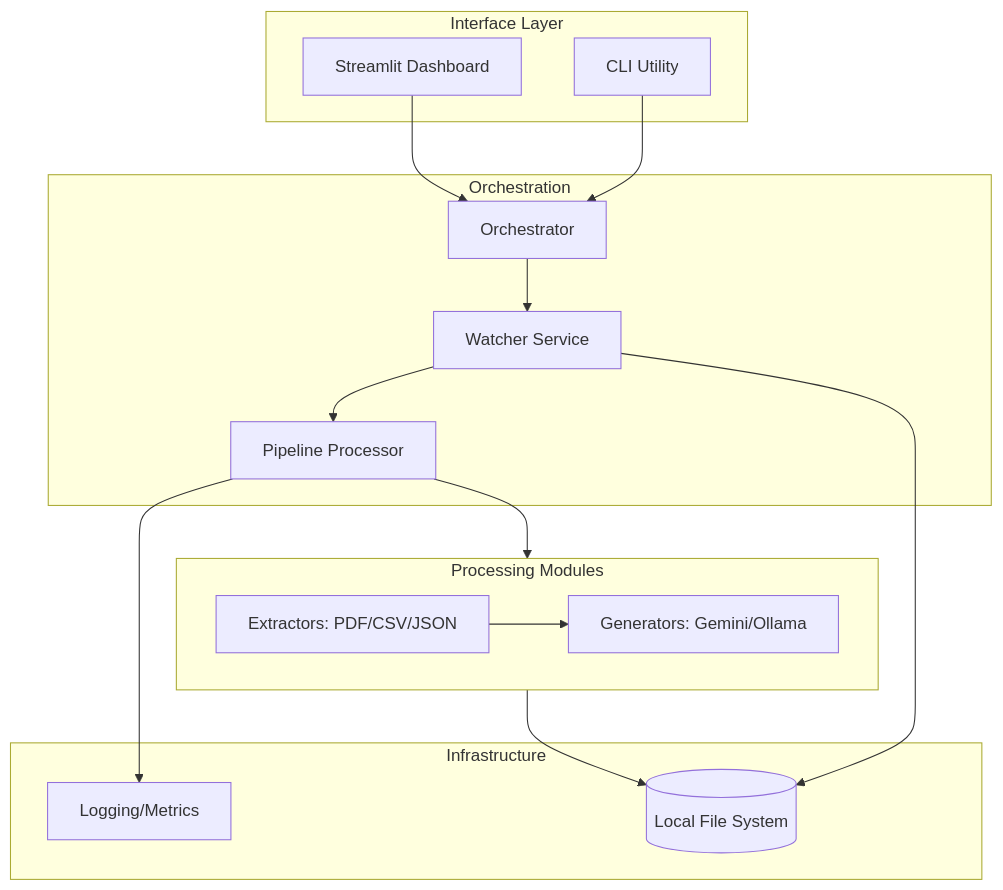
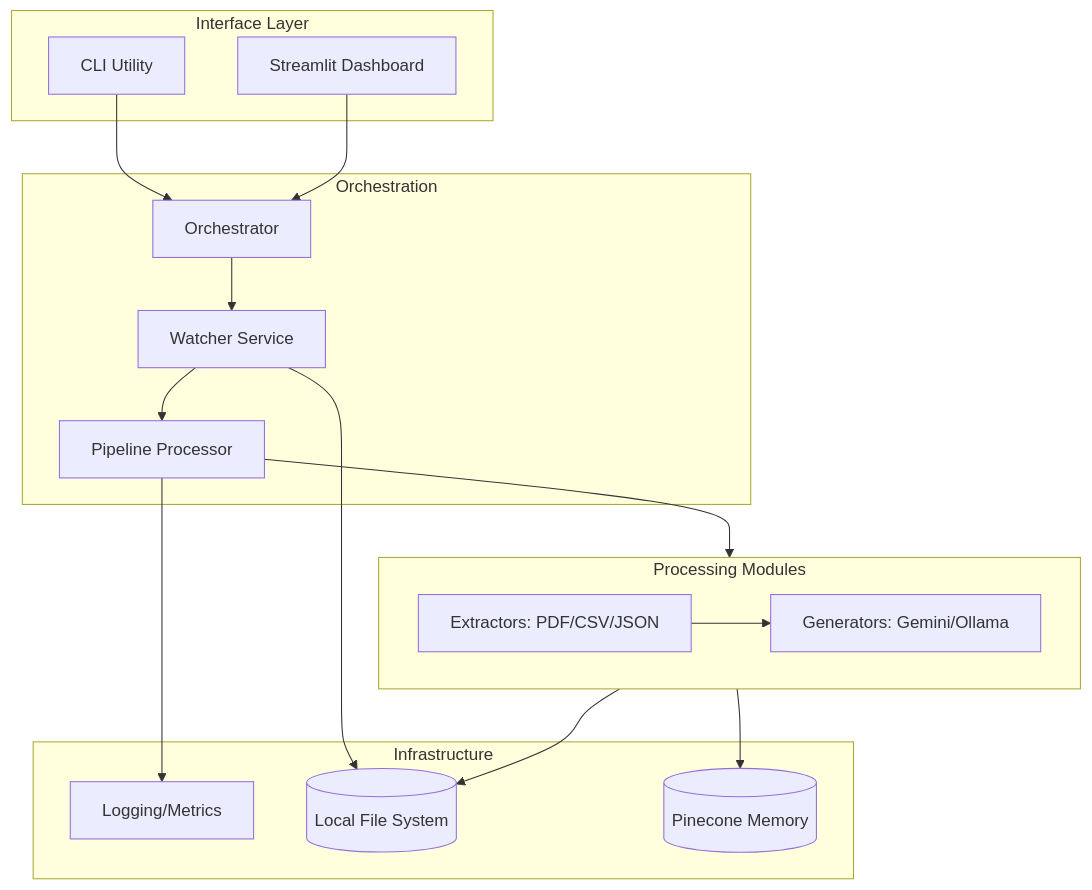
The first of 3 diagrams in README.md (WomB0ComB0/browser-use), drawn with Mermaid before and after one commit. The commit also changed other lines of this file, not shown here.

````diff
--- a/README.md
+++ b/README.md
@@ -67,34 +67,36 @@
 ```mermaid
 graph TD
     subgraph "Interface Layer"
         CLI[CLI Utility]
         DASH[Streamlit Dashboard]
     end
 
     subgraph "Orchestration"
         ORCH[Orchestrator]
         WATCH[Watcher Service]
         PROC[Pipeline Processor]
     end
 
     subgraph "Processing Modules"
         direction LR
         EXT[Extractors: PDF/CSV/JSON]
         GEN[Generators: Gemini/Ollama]
     end
 
     subgraph "Infrastructure"
         LOG[Logging/Metrics]
         FS[(Local File System)]
+        MEM[(Pinecone Memory)]
     end
 
     CLI --> ORCH
     DASH --> ORCH
     ORCH --> WATCH
     WATCH --> FS
     WATCH --> PROC
     PROC --> EXT
     EXT --> GEN
     GEN --> FS
+    GEN --> MEM
     PROC --> LOG
 ```
````
